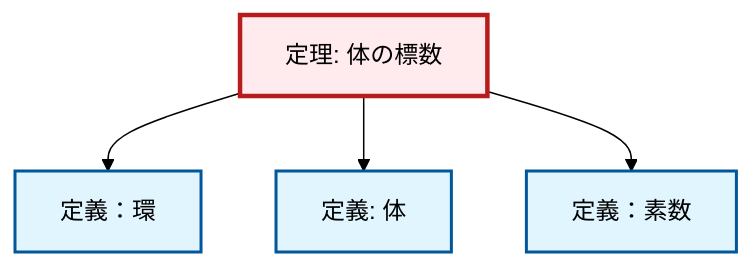
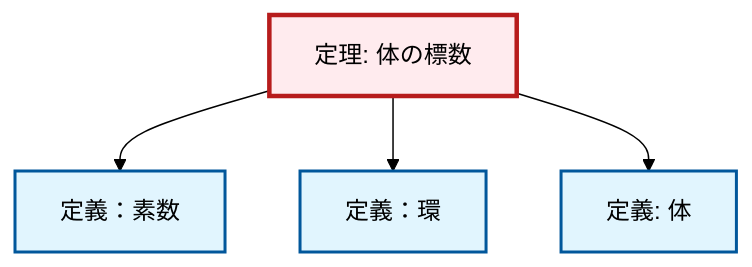
The diagram in content/ja/algebra/thm-field-characteristic.qmd (RK0429/ModernMath), drawn with Mermaid (forest theme) before and after one commit. The commit also changed other lines of this file and 1012 other files, not shown here.

````diff
--- a/content/ja/algebra/thm-field-characteristic.qmd
+++ b/content/ja/algebra/thm-field-characteristic.qmd
@@ -54,20 +54,20 @@
 ```{mermaid}
 %%| fig-cap: "Local dependency graph"
 graph TD
     classDef definition fill:#e1f5fe,stroke:#01579b,stroke-width:2px
     classDef theorem fill:#f3e5f5,stroke:#4a148c,stroke-width:2px
     classDef axiom fill:#fff3e0,stroke:#e65100,stroke-width:2px
     classDef example fill:#e8f5e9,stroke:#1b5e20,stroke-width:2px
     classDef current fill:#ffebee,stroke:#b71c1c,stroke-width:3px
     thm-field-characteristic["定理: 体の標数"]:::theorem
+    def-field["定義: 体"]:::definition
+    def-prime["定義：素数"]:::definition
     def-ring["定義：環"]:::definition
-    def-prime["定義：素数"]:::definition
-    def-field["定義: 体"]:::definition
+    thm-field-characteristic --> def-prime
     thm-field-characteristic --> def-ring
     thm-field-characteristic --> def-field
-    thm-field-characteristic --> def-prime
     class thm-field-characteristic current
+    click def-field "def-field.html" "体の定義へ"
+    click def-prime "def-prime.html" "定義：素数へ"
     click def-ring "def-ring.html" "定義：環へ"
-    click def-prime "def-prime.html" "定義：素数へ"
-    click def-field "def-field.html" "体の定義へ"
 ```
````
